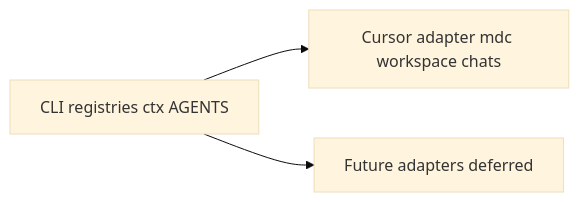
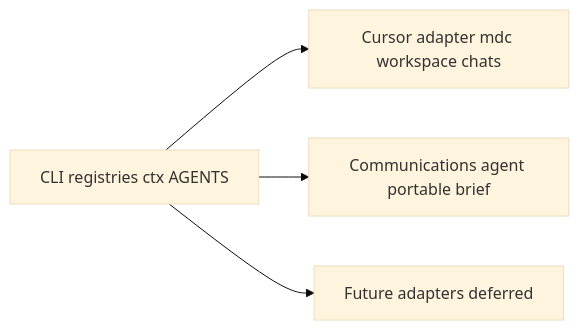
The diagram in docs/Integrations.md (jaxnoth/Metra), drawn with Mermaid (base theme) before and after one commit. The commit also changed other lines of this file and 12 other files, not shown here.

First line of the commit message:
Add portable Metra communications agent for cross-device handoff.

````diff
--- a/docs/Integrations.md
+++ b/docs/Integrations.md
@@ -5,8 +5,10 @@
 ```mermaid
 flowchart LR
   core[CLI registries ctx AGENTS]
   cursor[Cursor adapter mdc workspace chats]
+  comms[Communications agent portable brief]
   other[Future adapters deferred]
   core --> cursor
+  core --> comms
   core --> other
 ```
````
